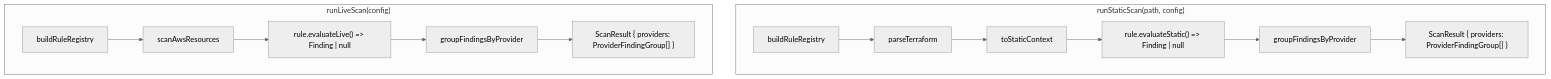
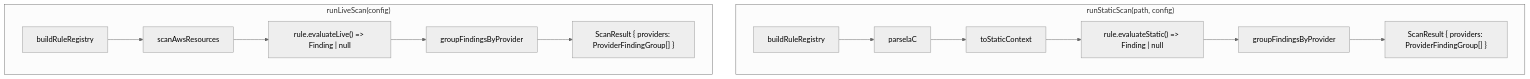
One commit to towardsthecloud/cloudburn changed the second of 3 diagrams in docs/architecture/sdk.md. Above: the diagram before and after it, drawn with Mermaid (neutral theme). The commit also changed other lines of this file and 23 other files, not shown here.

````diff
--- a/docs/architecture/sdk.md
+++ b/docs/architecture/sdk.md
@@ -18,17 +18,17 @@
 ```mermaid
 graph TD
   subgraph Static["runStaticScan(path, config)"]
-    SR[buildRuleRegistry] --> SP[parseTerraform]
+    SR[buildRuleRegistry] --> SP[parseIaC]
     SP --> SC[toStaticContext]
     SC --> SE["rule.evaluateStatic() => Finding | null"]
     SE --> SG[groupFindingsByProvider]
     SG --> SOut["ScanResult { providers: ProviderFindingGroup[] }"]
   end
 
   subgraph Live["runLiveScan(config)"]
     LR[buildRuleRegistry] --> LA[scanAwsResources]
     LA --> LE["rule.evaluateLive() => Finding | null"]
     LE --> LG[groupFindingsByProvider]
     LG --> LOut["ScanResult { providers: ProviderFindingGroup[] }"]
   end
 ```
````
